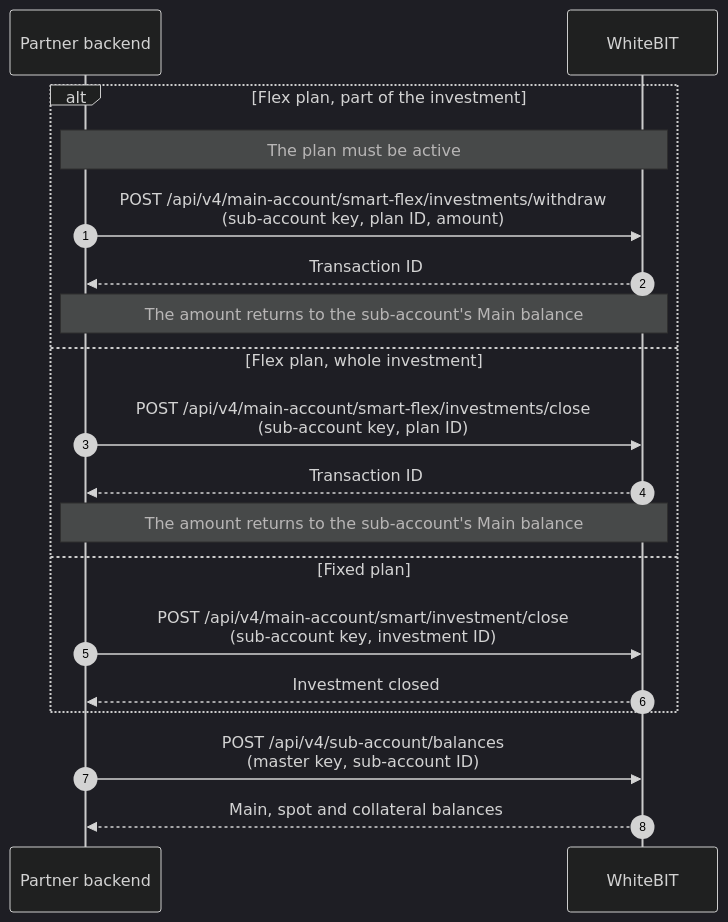
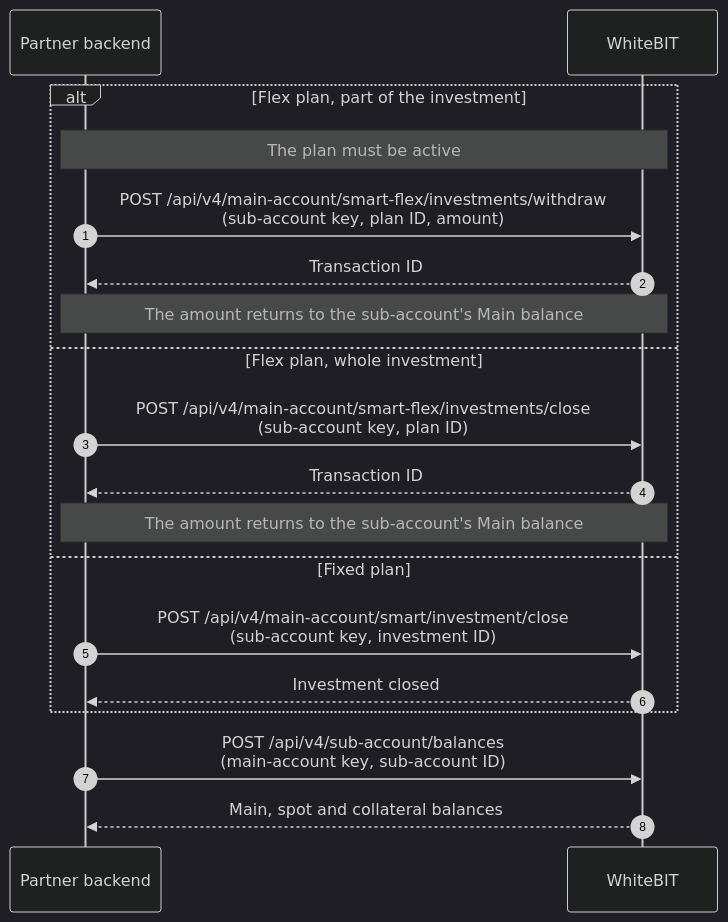
One commit to whitebit-exchange/docs changed the fifth of 6 diagrams in guides/yaas-integration.mdx. Above: the diagram before and after it, drawn with Mermaid (dark theme). The commit also changed other lines of this file and 24 other files, not shown here.

Commit message:
docs(guide): rename master account to main account across the portal

````diff
--- a/guides/yaas-integration.mdx
+++ b/guides/yaas-integration.mdx
@@ -214,22 +214,22 @@
 ```mermaid
 sequenceDiagram
     autonumber
     participant P as Partner backend
     participant W as WhiteBIT
 
     alt Flex plan, part of the investment
         Note over P,W: The plan must be active
         P->>W: POST /api/v4/main-account/smart-flex/investments/withdraw<br/>(sub-account key, plan ID, amount)
         W-->>P: Transaction ID
         Note over P,W: The amount returns to the sub-account's Main balance
     else Flex plan, whole investment
         P->>W: POST /api/v4/main-account/smart-flex/investments/close<br/>(sub-account key, plan ID)
         W-->>P: Transaction ID
         Note over P,W: The amount returns to the sub-account's Main balance
     else Fixed plan
         P->>W: POST /api/v4/main-account/smart/investment/close<br/>(sub-account key, investment ID)
         W-->>P: Investment closed
     end
-    P->>W: POST /api/v4/sub-account/balances<br/>(master key, sub-account ID)
+    P->>W: POST /api/v4/sub-account/balances<br/>(main-account key, sub-account ID)
     W-->>P: Main, spot and collateral balances
 ```
````
